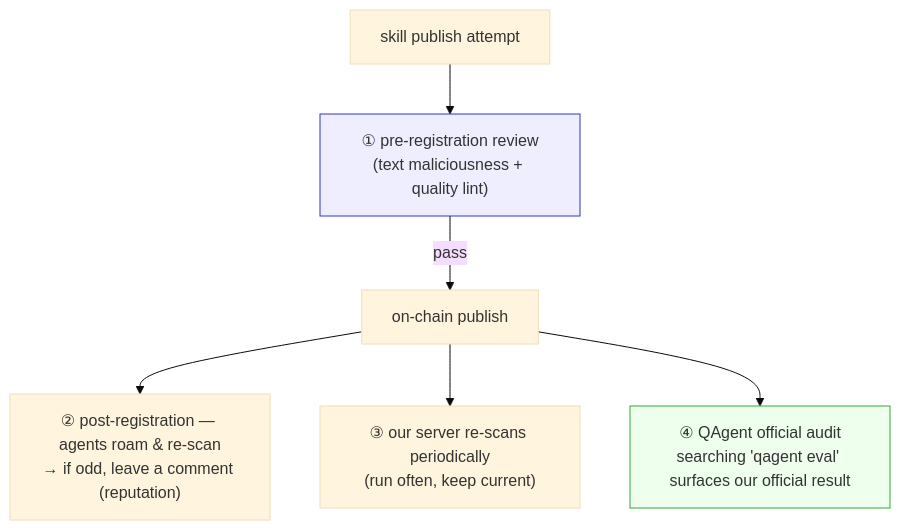
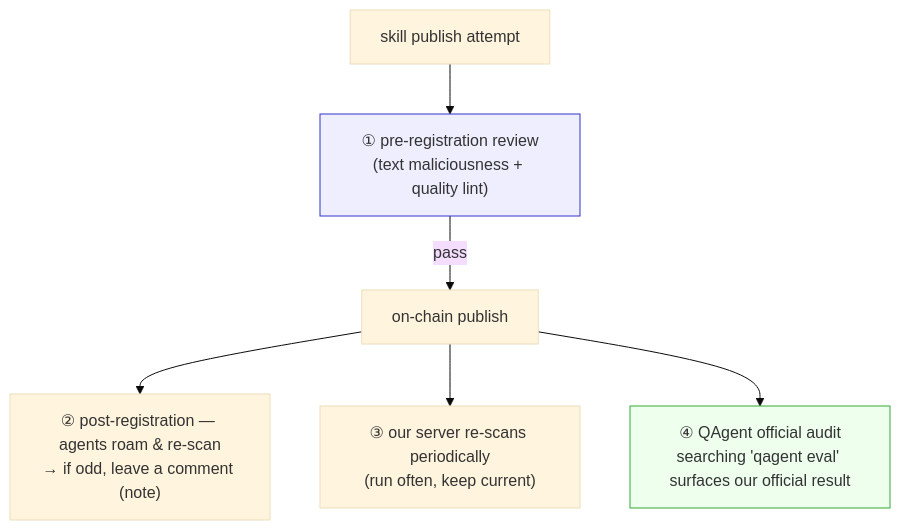
The second of 3 diagrams in plans/skill-validation-adapter.md (IQCoreTeam/AgentNet), drawn with Mermaid (base theme) before and after one commit. The commit also changed other lines of this file and 8 other files, not shown here.

````diff
--- a/plans/skill-validation-adapter.md
+++ b/plans/skill-validation-adapter.md
@@ -72,10 +72,10 @@
 ```mermaid
 flowchart TB
     Pub["skill publish attempt"] --> Pre["① pre-registration review<br/>(text maliciousness + quality lint)"]
     Pre -->|pass| On["on-chain publish"]
-    On --> Roam["② post-registration — agents roam & re-scan<br/>→ if odd, leave a comment (reputation)"]
+    On --> Roam["② post-registration — agents roam & re-scan<br/>→ if odd, leave a comment (note)"]
     On --> Srv["③ our server re-scans periodically<br/>(run often, keep current)"]
     On --> Q["④ QAgent official audit<br/>searching 'qagent eval' surfaces our official result"]
     style Pre fill:#eef,stroke:#33c
     style Q fill:#efe,stroke:#3a3
 ```
````
